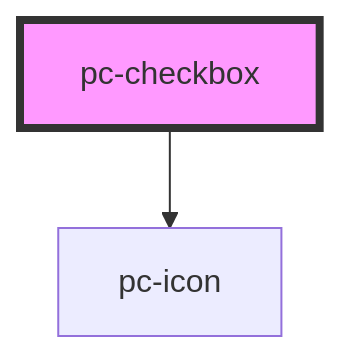
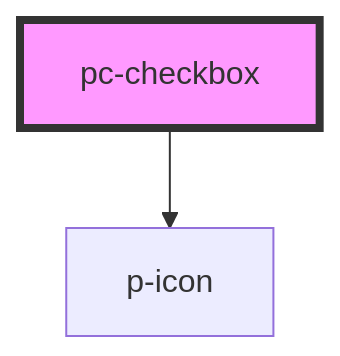
The diagram in src/components/input-controls/checkbox/readme.md (redvars/peacock), drawn with Mermaid before and after one commit. The commit also changed other lines of this file and 94 other files, not shown here.

````diff
--- a/src/components/input-controls/checkbox/readme.md
+++ b/src/components/input-controls/checkbox/readme.md
@@ -76,5 +76,5 @@
 ```mermaid
 graph TD;
-  pc-checkbox --> pc-icon
+  pc-checkbox --> p-icon
   style pc-checkbox fill:#f9f,stroke:#333,stroke-width:4px
 ```
````
